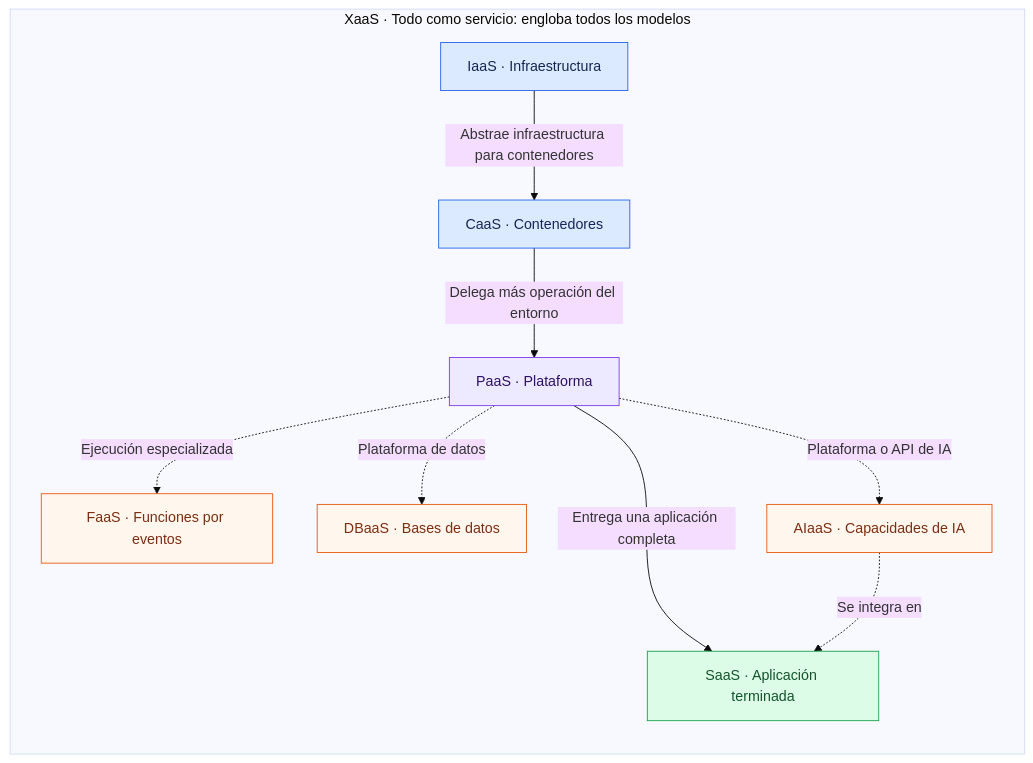
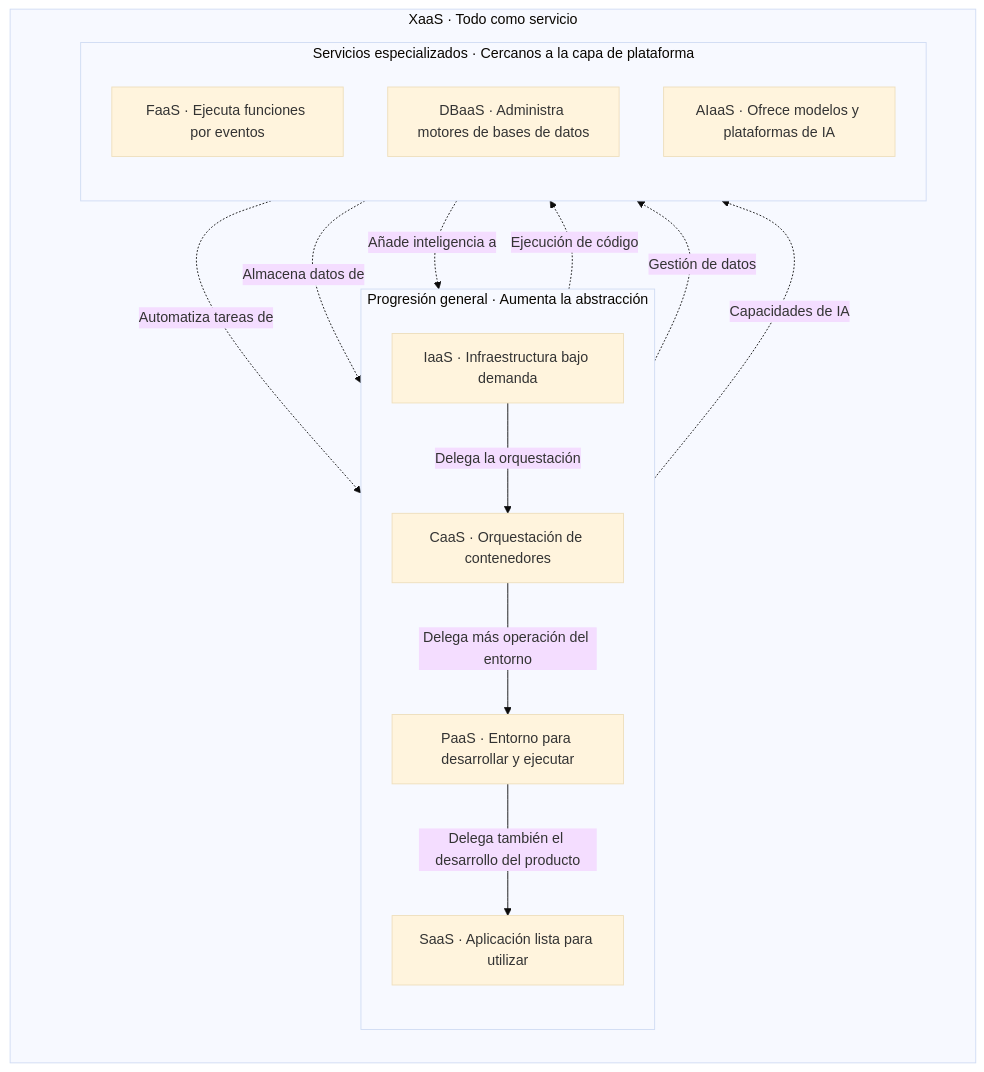
The diagram in practicas/P03/readme.md (Izsyx/Equipo8_SD), drawn with Mermaid (base theme) before and after one commit.

Commit message:
Refactor flowchart structure in readme.md

````diff
--- a/practicas/P03/readme.md
+++ b/practicas/P03/readme.md
@@ -164,34 +164,33 @@
 ```mermaid
 flowchart TB
-    subgraph X["XaaS · Todo como servicio: engloba todos los modelos"]
+    subgraph X["XaaS · Todo como servicio"]
         direction TB
 
-        I["IaaS · Infraestructura"]
-        C["CaaS · Contenedores"]
-        P["PaaS · Plataforma"]
-        S["SaaS · Aplicación terminada"]
+        subgraph ESCALA["Progresión general · Aumenta la abstracción"]
+            direction TB
+            I["IaaS · Infraestructura bajo demanda"]
+            C["CaaS · Orquestación de contenedores"]
+            P["PaaS · Entorno para desarrollar y ejecutar"]
+            S["SaaS · Aplicación lista para utilizar"]
 
-        I -->|"Abstrae infraestructura para contenedores"| C
-        C -->|"Delega más operación del entorno"| P
-        P -->|"Entrega una aplicación completa"| S
+            I -->|"Delega la orquestación"| C
+            C -->|"Delega más operación del entorno"| P
+            P -->|"Delega también el desarrollo del producto"| S
+        end
 
-        F["FaaS · Funciones por eventos"]
-        D["DBaaS · Bases de datos"]
-        A["AIaaS · Capacidades de IA"]
+        subgraph ESP["Servicios especializados · Cercanos a la capa de plataforma"]
+            direction TB
+            F["FaaS · Ejecuta funciones por eventos"]
+            D["DBaaS · Administra motores de bases de datos"]
+            A["AIaaS · Ofrece modelos y plataformas de IA"]
+        end
 
-        P -.->|"Ejecución especializada"| F
-        P -.->|"Plataforma de datos"| D
-        P -.->|"Plataforma o API de IA"| A
-        A -.->|"Se integra en"| S
+        P -.->|"Ejecución de código"| F
+        P -.->|"Gestión de datos"| D
+        P -.->|"Capacidades de IA"| A
+
+        F -.->|"Automatiza tareas de"| S
+        D -.->|"Almacena datos de"| S
+        A -.->|"Añade inteligencia a"| S
     end
-
-    classDef infra fill:#dbeafe,stroke:#2563eb,color:#172554
-    classDef platform fill:#ede9fe,stroke:#7c3aed,color:#2e1065
-    classDef software fill:#dcfce7,stroke:#16a34a,color:#14532d
-    classDef specialized fill:#fff7ed,stroke:#ea580c,color:#7c2d12
-
-    class I,C infra
-    class P platform
-    class S software
-    class F,D,A specialized
 ```
````
